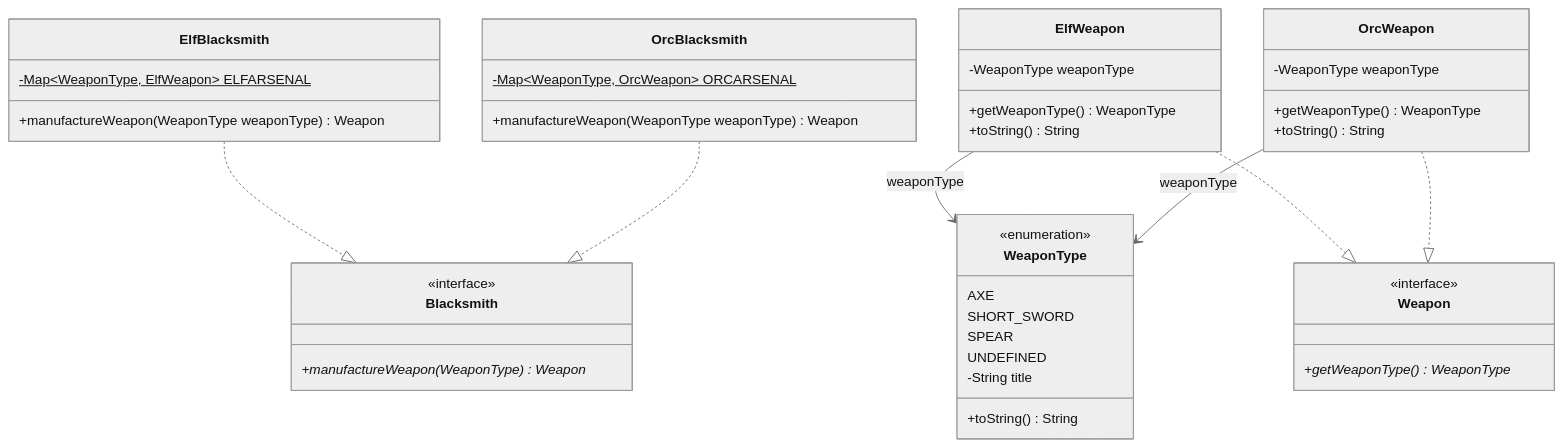
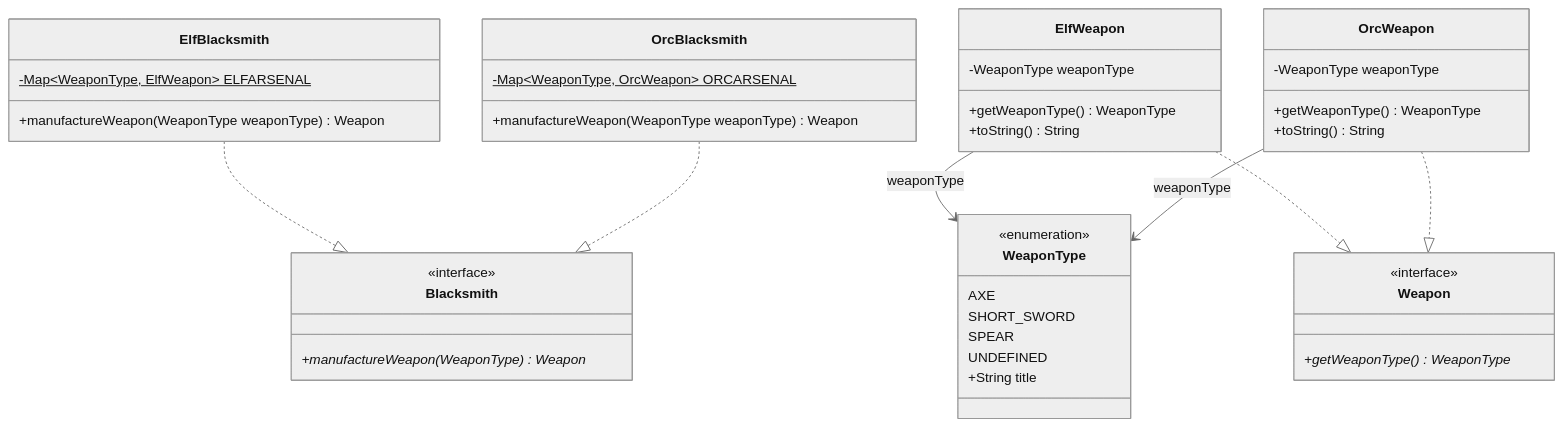
One commit to yonatankarp/kotlin-design-patterns changed the diagram in factory-method/README.md. Above: the diagram before and after it, drawn with Mermaid (neutral theme). The commit also changed other lines of this file and 13 other files, not shown here.

````diff
--- a/factory-method/README.md
+++ b/factory-method/README.md
@@ -94,44 +94,43 @@
 ```mermaid
 classDiagram
     class Blacksmith {
         <<interface>>
         +manufactureWeapon(WeaponType) Weapon*
     }
     class Weapon {
         <<interface>>
         +getWeaponType() WeaponType*
     }
     class WeaponType {
         <<enumeration>>
         AXE
         SHORT_SWORD
         SPEAR
         UNDEFINED
-        -String title
-        +toString() String
+        +String title
     }
     class ElfBlacksmith {
         -Map~WeaponType, ElfWeapon~ ELFARSENAL$
         +manufactureWeapon(WeaponType weaponType) Weapon
     }
     class OrcBlacksmith {
         -Map~WeaponType, OrcWeapon~ ORCARSENAL$
         +manufactureWeapon(WeaponType weaponType) Weapon
     }
     class ElfWeapon {
         -WeaponType weaponType
         +getWeaponType() WeaponType
         +toString() String
     }
     class OrcWeapon {
         -WeaponType weaponType
         +getWeaponType() WeaponType
         +toString() String
     }
     ElfWeapon --> WeaponType : weaponType
     OrcWeapon --> WeaponType : weaponType
     ElfBlacksmith ..|> Blacksmith
     OrcBlacksmith ..|> Blacksmith
     ElfWeapon ..|> Weapon
     OrcWeapon ..|> Weapon
 ```
````
